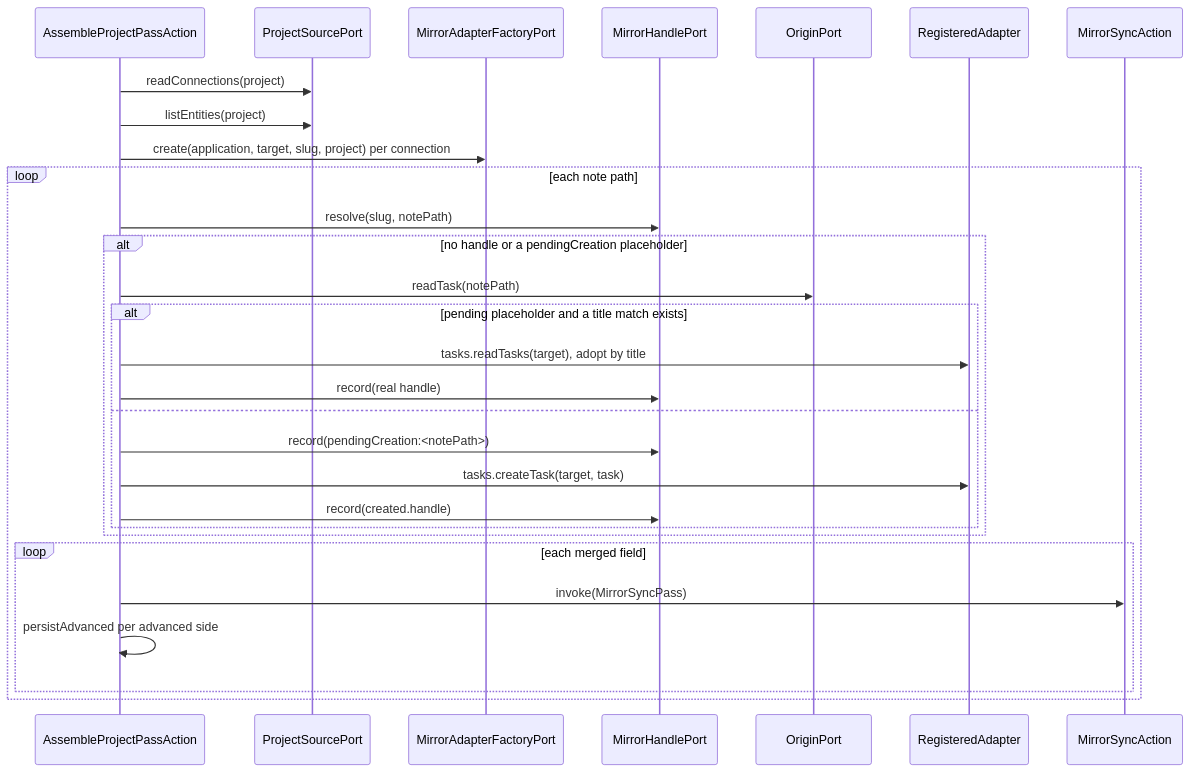
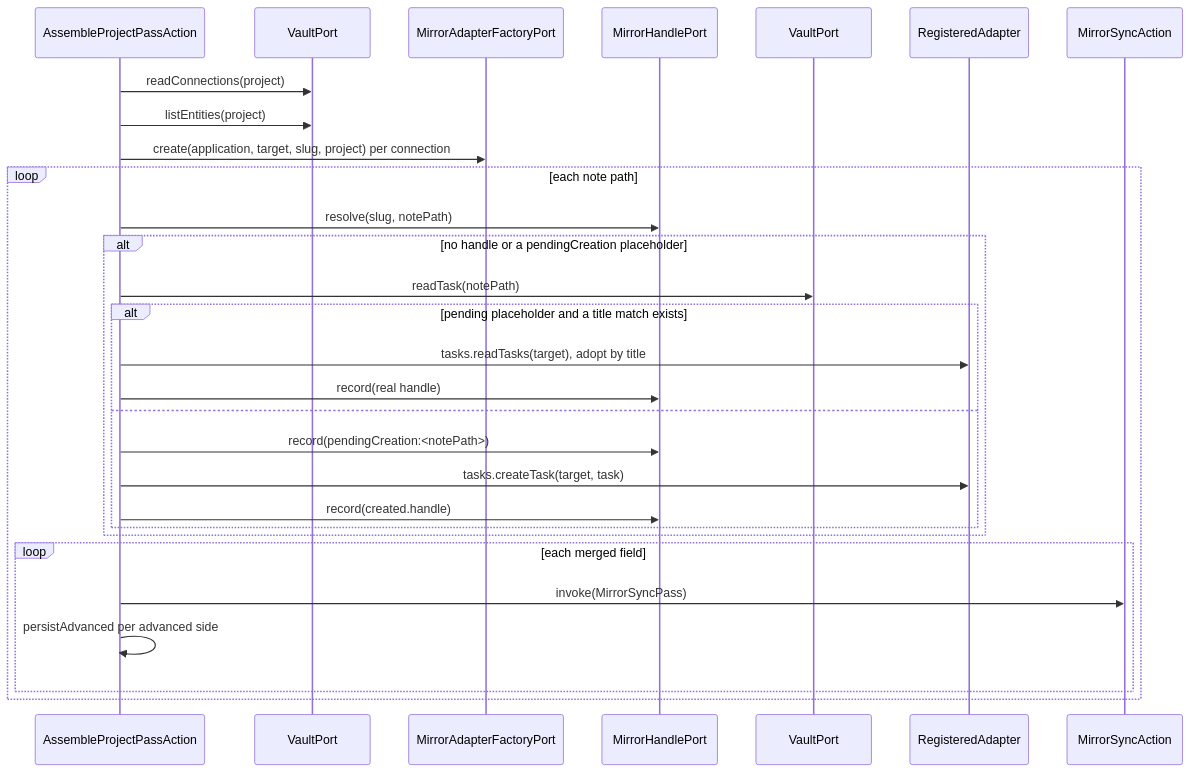
Before and after one commit to 99linesofcode/obsidian-project-management: the sixth of 18 diagrams in docs/developer-manual.md, drawn with Mermaid. The commit also changed other lines of this file and 76 other files, not shown here.

First line of the commit message:
refactor(vault): collapse the vault ports into one VaultPort

````diff
--- a/docs/developer-manual.md
+++ b/docs/developer-manual.md
@@ -360,32 +360,32 @@
 ```mermaid
 sequenceDiagram
   participant A as AssembleProjectPassAction
-  participant PS as ProjectSourcePort
+  participant PS as VaultPort
   participant F as MirrorAdapterFactoryPort
   participant H as MirrorHandlePort
-  participant O as OriginPort
+  participant O as VaultPort
   participant R as RegisteredAdapter
   participant MS as MirrorSyncAction
 
   A->>PS: readConnections(project)
   A->>PS: listEntities(project)
   A->>F: create(application, target, slug, project) per connection
   loop each note path
     A->>H: resolve(slug, notePath)
     alt no handle or a pendingCreation placeholder
       A->>O: readTask(notePath)
       alt pending placeholder and a title match exists
         A->>R: tasks.readTasks(target), adopt by title
         A->>H: record(real handle)
       else
         A->>H: record(pendingCreation:<notePath>)
         A->>R: tasks.createTask(target, task)
         A->>H: record(created.handle)
       end
     end
     loop each merged field
       A->>MS: invoke(MirrorSyncPass)
       A->>A: persistAdvanced per advanced side
     end
   end
 ```
````
